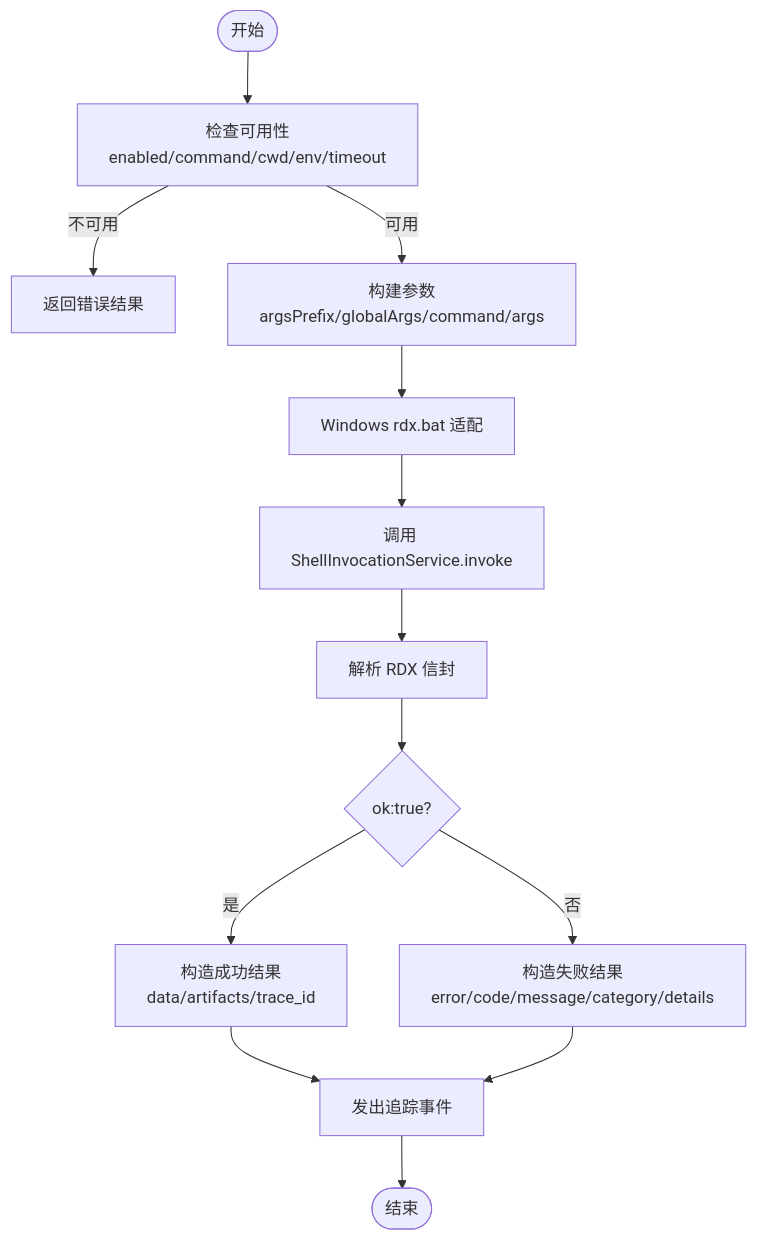
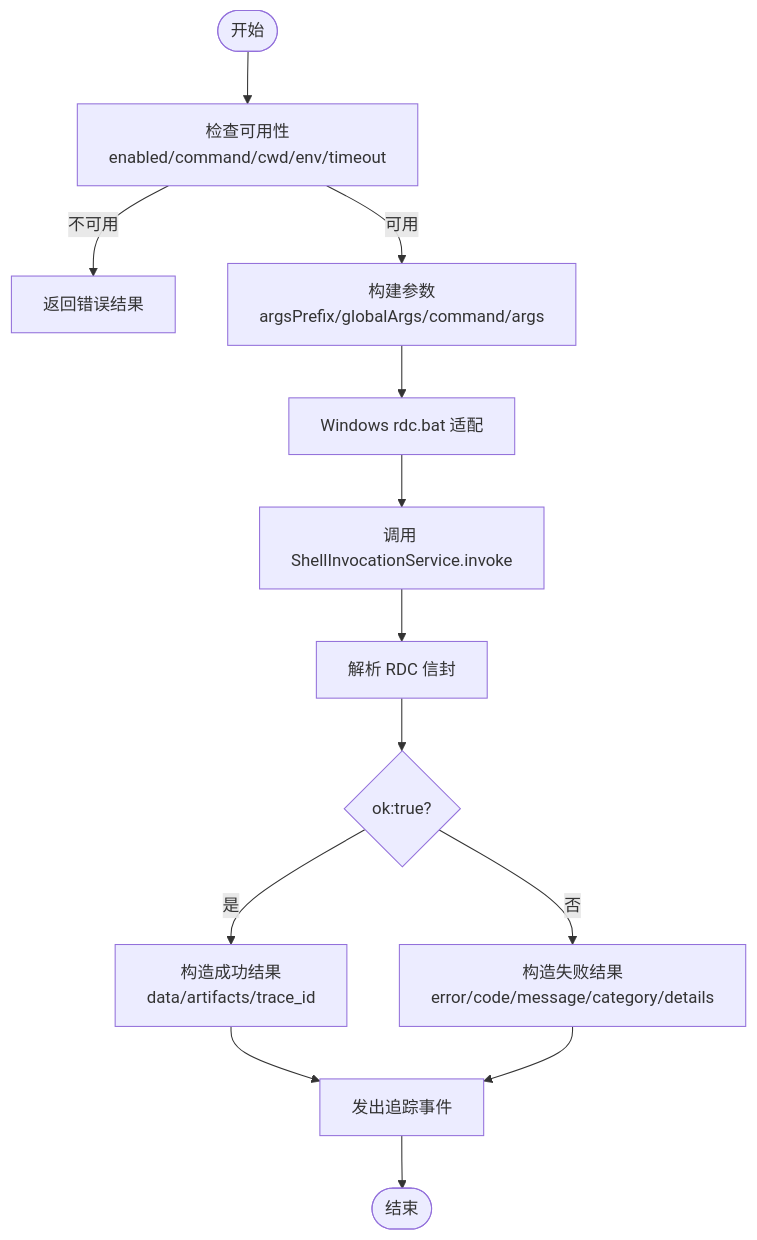
One commit to haolange/RDC-Agent changed the third of 9 diagrams in .qoder/repowiki/zh/content/架构设计/主进程架构/工具执行系统.md. Above: the diagram before and after it, drawn with Mermaid. The commit also changed other lines of this file and 557 other files, not shown here.

````diff
--- a/.qoder/repowiki/zh/content/架构设计/主进程架构/工具执行系统.md
+++ b/.qoder/repowiki/zh/content/架构设计/主进程架构/工具执行系统.md
@@ -144,15 +144,15 @@
 ```mermaid
 flowchart TD
 Start(["开始"]) --> CheckAvail["检查可用性<br/>enabled/command/cwd/env/timeout"]
 CheckAvail --> |不可用| ReturnErr["返回错误结果"]
 CheckAvail --> |可用| BuildArgs["构建参数<br/>argsPrefix/globalArgs/command/args"]
-BuildArgs --> ResolveWin["Windows rdx.bat 适配"]
+BuildArgs --> ResolveWin["Windows rdc.bat 适配"]
 ResolveWin --> InvokeShell["调用 ShellInvocationService.invoke"]
-InvokeShell --> ParseRes["解析 RDX 信封"]
+InvokeShell --> ParseRes["解析 RDC 信封"]
 ParseRes --> Ok{"ok:true?"}
 Ok --> |是| Success["构造成功结果<br/>data/artifacts/trace_id"]
 Ok --> |否| Fail["构造失败结果<br/>error/code/message/category/details"]
 Success --> Trace["发出追踪事件"]
 Fail --> Trace
 Trace --> End(["结束"])
 ```
````
